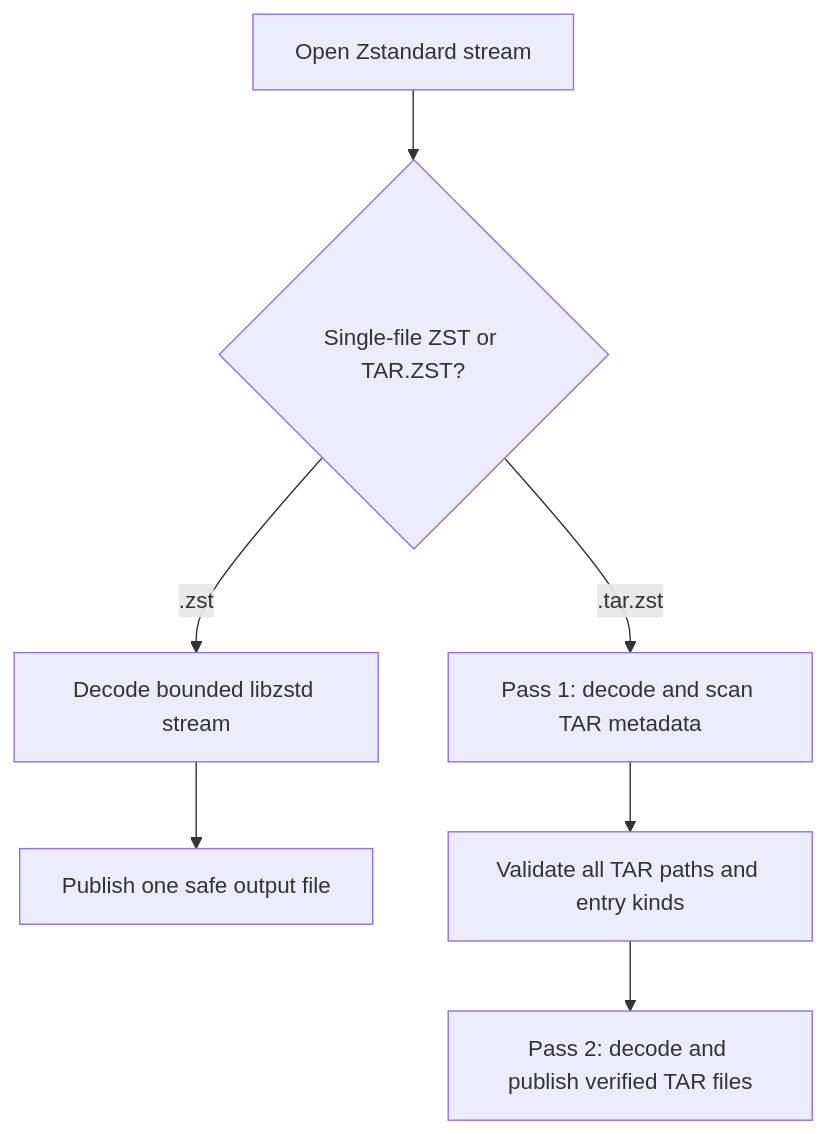
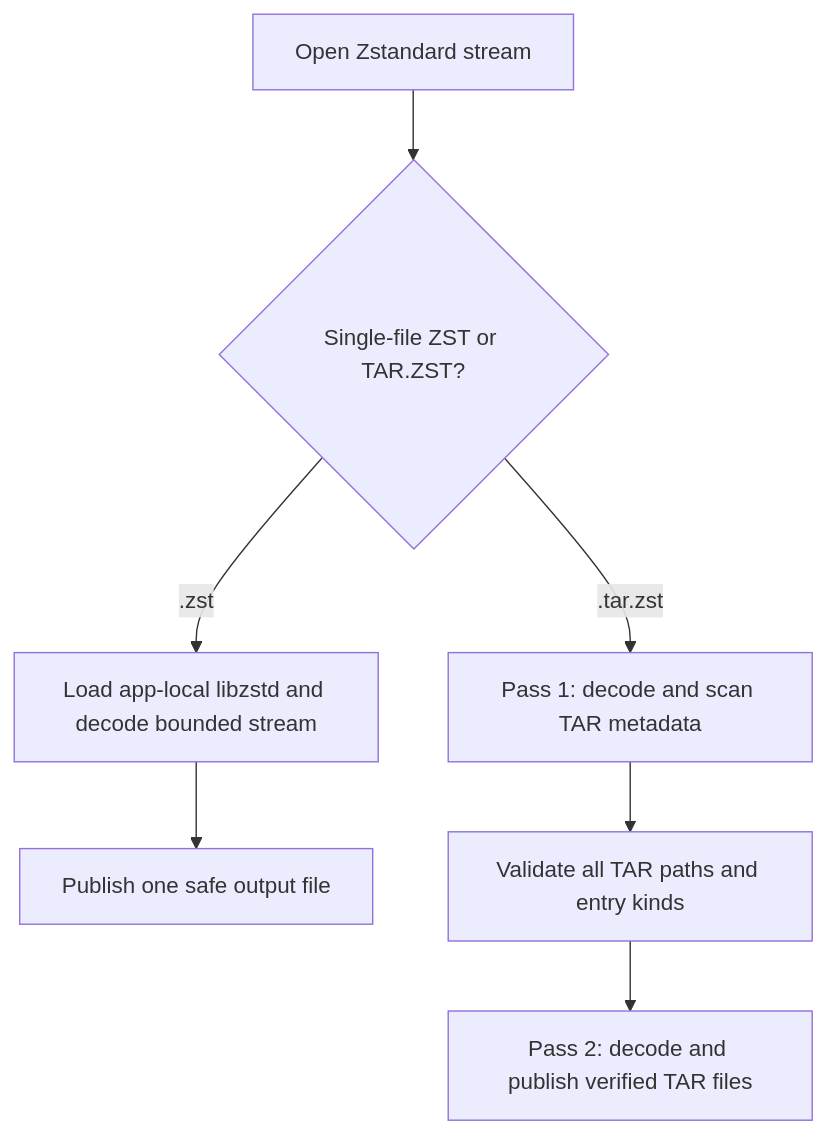
One commit to strmt7/SuperZip changed the eighth of 8 diagrams in docs/archive-format-support.md. Above: the diagram before and after it, drawn with Mermaid. The commit also changed other lines of this file and 76 other files, not shown here.

````diff
--- a/docs/archive-format-support.md
+++ b/docs/archive-format-support.md
@@ -351,9 +353,9 @@
 ```mermaid
 flowchart TD
     A["Open Zstandard stream"] --> B{"Single-file ZST or TAR.ZST?"}
-    B -->|".zst"| C["Decode bounded libzstd stream"]
+    B -->|".zst"| C["Load app-local libzstd and decode bounded stream"]
     C --> D["Publish one safe output file"]
     B -->|".tar.zst"| E["Pass 1: decode and scan TAR metadata"]
     E --> F["Validate all TAR paths and entry kinds"]
     F --> G["Pass 2: decode and publish verified TAR files"]
 ```
````
